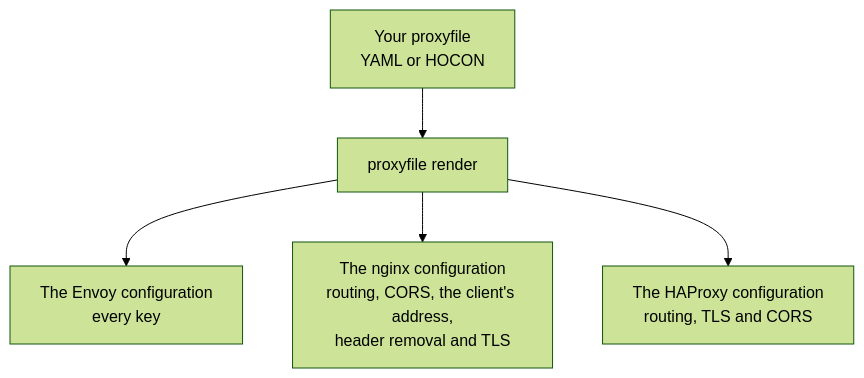
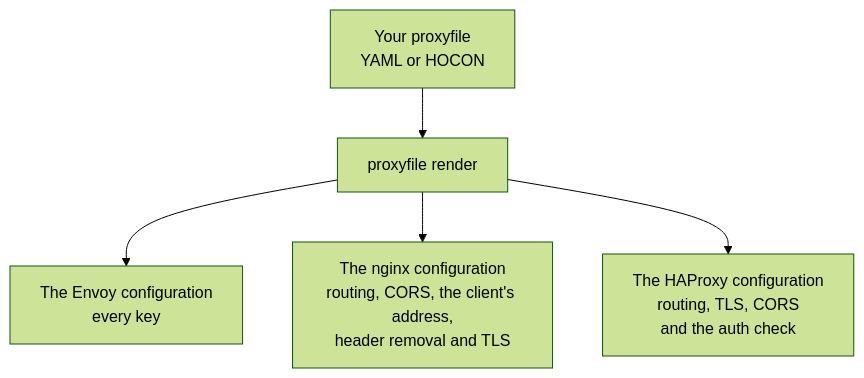
The first of 2 diagrams in README.md (kitecorp/proxyfile), drawn with Mermaid (forest theme) before and after one commit. The commit also changed other lines of this file and 53 other files, not shown here.

````diff
--- a/README.md
+++ b/README.md
@@ -17,7 +17,7 @@
 ```mermaid
 flowchart TB
     source["Your proxyfile<br/>YAML or HOCON"] --> render["proxyfile render"]
     render --> envoy["The Envoy configuration<br/>every key"]
     render --> nginx["The nginx configuration<br/>routing, CORS, the client's address,<br/>header removal and TLS"]
-    render --> haproxy["The HAProxy configuration<br/>routing, TLS and CORS"]
+    render --> haproxy["The HAProxy configuration<br/>routing, TLS, CORS<br/>and the auth check"]
 ```
````
